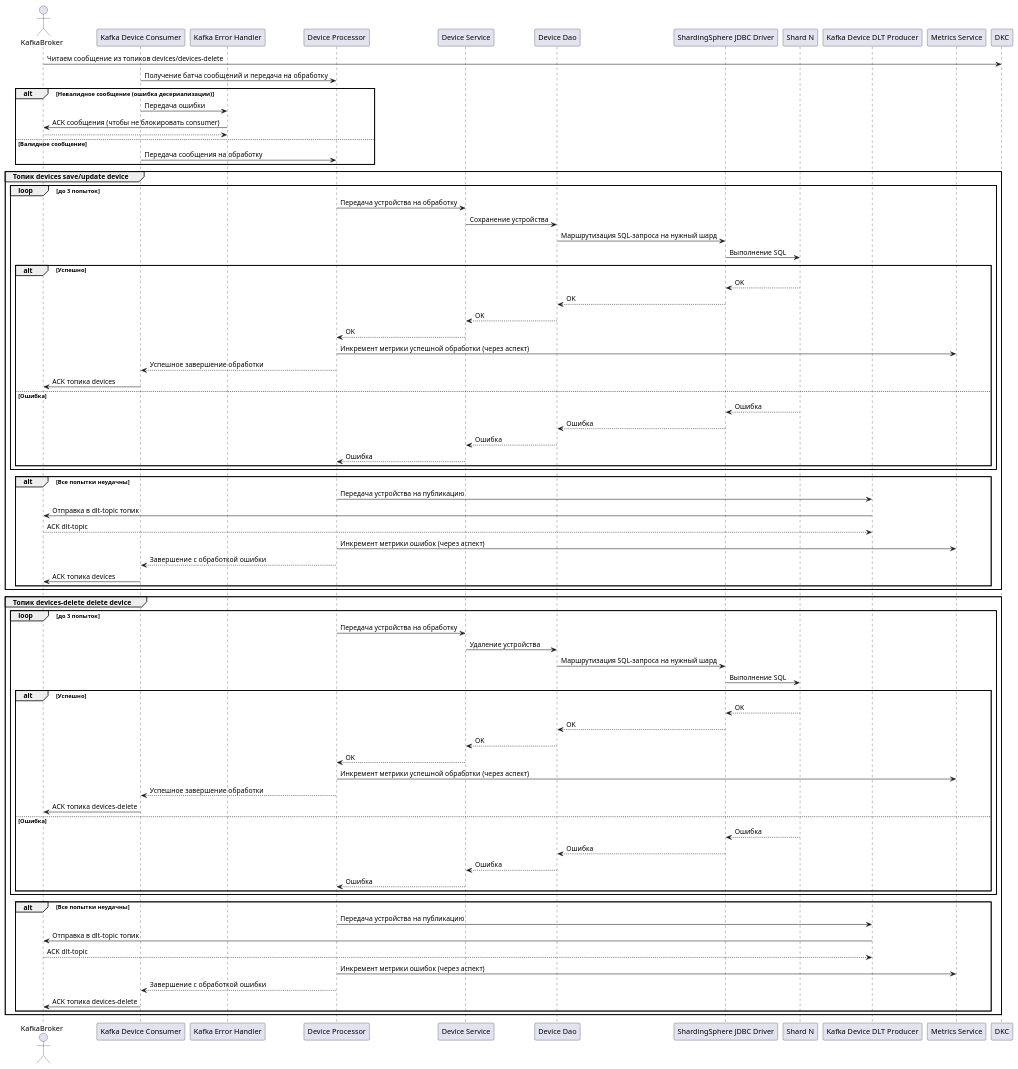
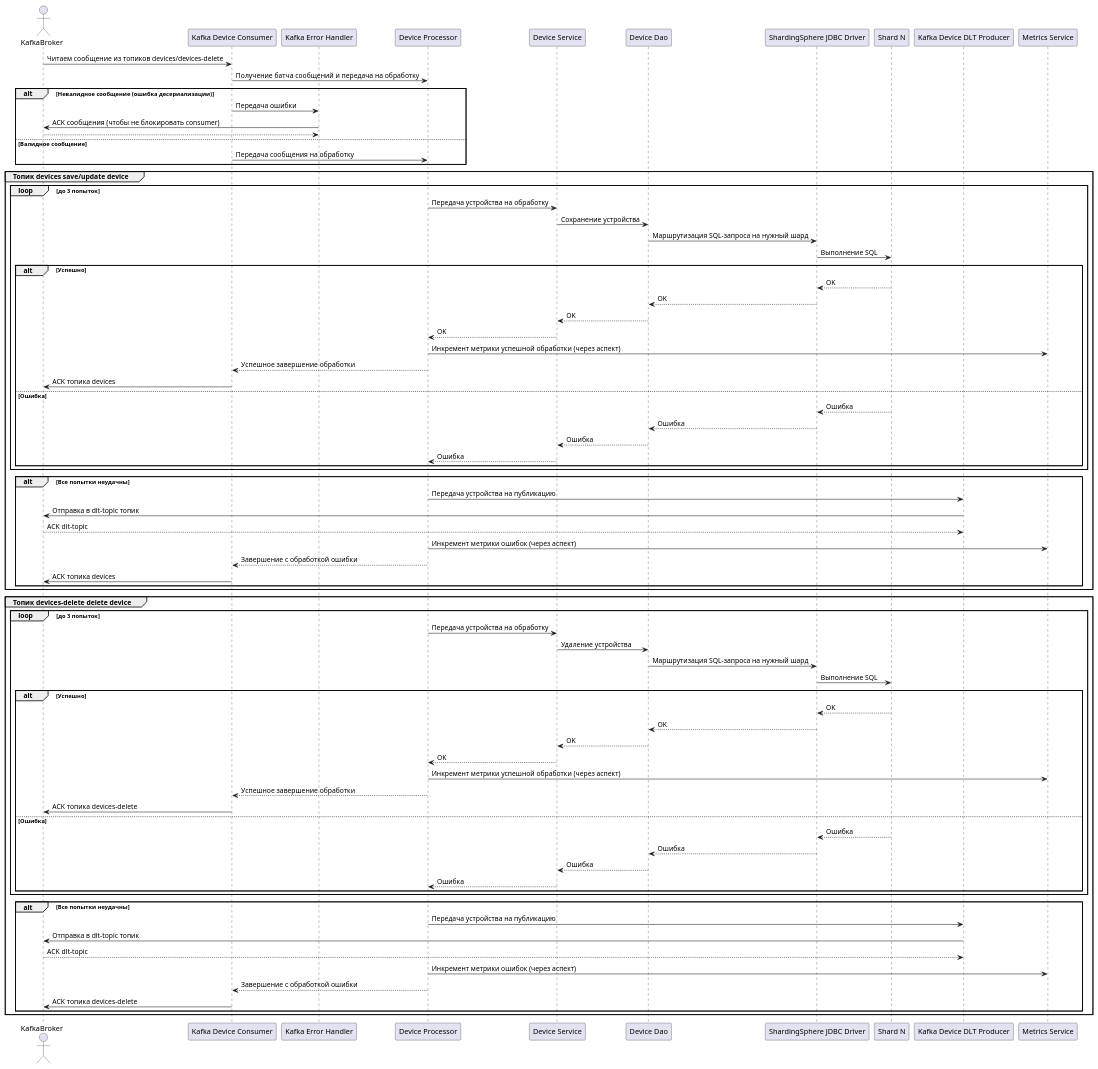
One commit to SinglePlayer56/iot changed the diagram in device-collector/diagrams/sequence.puml. Above: the diagram before and after it, drawn with PlantUML.

Commit message:
Fix sequence diagram for device-collector.

```diff
--- a/device-collector/diagrams/sequence.puml
+++ b/device-collector/diagrams/sequence.puml
@@ -1,87 +1,87 @@
 @startuml
 actor KafkaBroker
 participant "Kafka Device Consumer" as KDC
 participant "Kafka Error Handler" as KEH
 participant "Device Processor" as DP
 participant "Device Service" as DCS
 participant "Device Dao" as DCR
 participant "ShardingSphere JDBC Driver" as SSJ
 participant "Shard N" as S
 participant "Kafka Device DLT Producer" as DLT
 participant "Metrics Service" as MS
 
-KafkaBroker -> DKC: Читаем сообщение из топиков devices/devices-delete
+KafkaBroker -> KDC: Читаем сообщение из топиков devices/devices-delete
 KDC -> DP : Получение батча сообщений и передача на обработку
 
 alt Невалидное сообщение (ошибка десериализации)
     KDC -> KEH : Передача ошибки
     KEH -> KafkaBroker : ACK сообщения (чтобы не блокировать consumer)
     return
 else Валидное сообщение
     KDC -> DP : Передача сообщения на обработку
 end
 
 group Топик devices save/update device
     loop до 3 попыток
         DP -> DCS : Передача устройства на обработку
         DCS -> DCR : Сохранение устройства
         DCR -> SSJ : Маршрутизация SQL-запроса на нужный шард
         SSJ -> S : Выполнение SQL
         alt Успешно
             S --> SSJ : OK
             SSJ --> DCR : OK
             DCR --> DCS : OK
             DCS --> DP : OK
             DP -> MS : Инкремент метрики успешной обработки (через аспект)
             DP --> KDC : Успешное завершение обработки
             KDC -> KafkaBroker : ACK топика devices
         else Ошибка
             S --> SSJ : Ошибка
             SSJ --> DCR : Ошибка
             DCR --> DCS : Ошибка
             DCS --> DP : Ошибка
         end
     end
 
     alt Все попытки неудачны
         DP -> DLT : Передача устройства на публикацию
         DLT -> KafkaBroker : Отправка в dlt-topic топик
         KafkaBroker --> DLT : ACK dlt-topic
         DP -> MS : Инкремент метрики ошибок (через аспект)
         DP --> KDC : Завершение с обработкой ошибки
         KDC -> KafkaBroker : ACK топика devices
     end
 end
 
 group Топик devices-delete delete device
     loop до 3 попыток
         DP -> DCS : Передача устройства на обработку
         DCS -> DCR : Удаление устройства
         DCR -> SSJ : Маршрутизация SQL-запроса на нужный шард
         SSJ -> S : Выполнение SQL
         alt Успешно
             S --> SSJ : OK
             SSJ --> DCR : OK
             DCR --> DCS : OK
             DCS --> DP : OK
             DP -> MS : Инкремент метрики успешной обработки (через аспект)
             DP --> KDC : Успешное завершение обработки
             KDC -> KafkaBroker : ACK топика devices-delete
         else Ошибка
             S --> SSJ : Ошибка
             SSJ --> DCR : Ошибка
             DCR --> DCS : Ошибка
             DCS --> DP : Ошибка
         end
     end
 
     alt Все попытки неудачны
         DP -> DLT : Передача устройства на публикацию
         DLT -> KafkaBroker : Отправка в dlt-topic топик
         KafkaBroker --> DLT : ACK dlt-topic
         DP -> MS : Инкремент метрики ошибок (через аспект)
         DP --> KDC : Завершение с обработкой ошибки
         KDC -> KafkaBroker : ACK топика devices-delete
     end
 end
 @enduml
```
